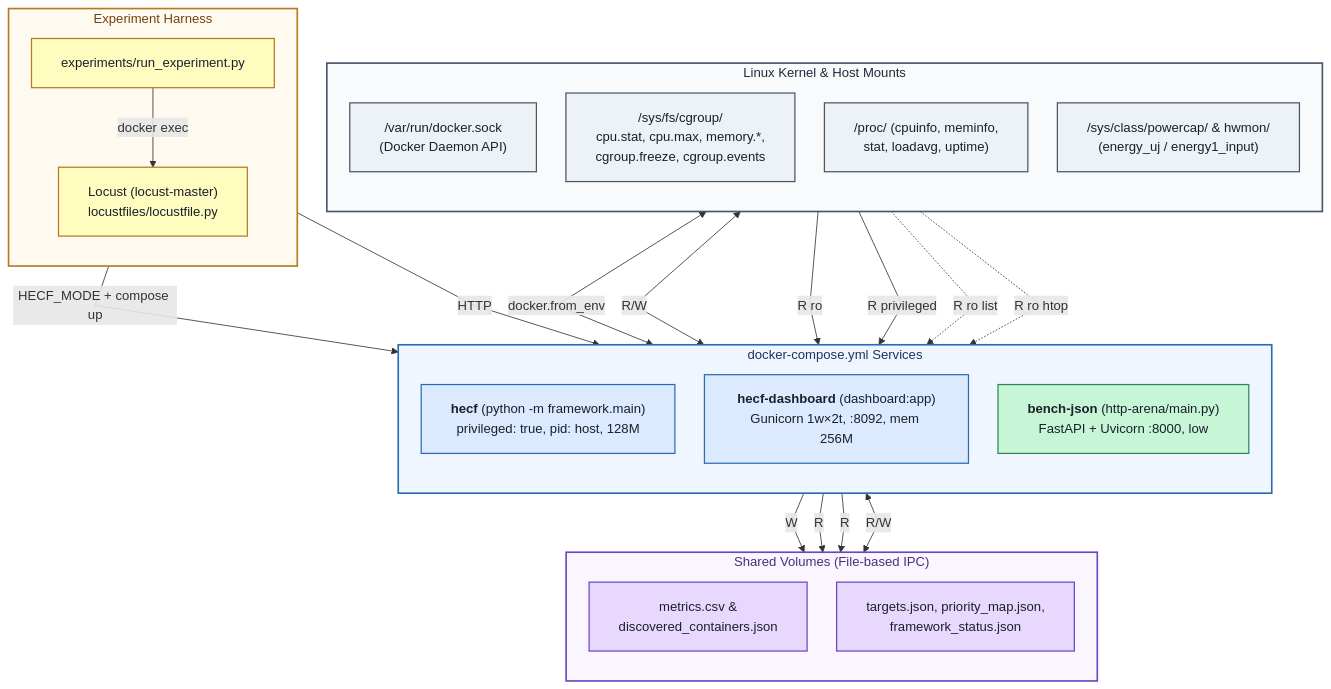
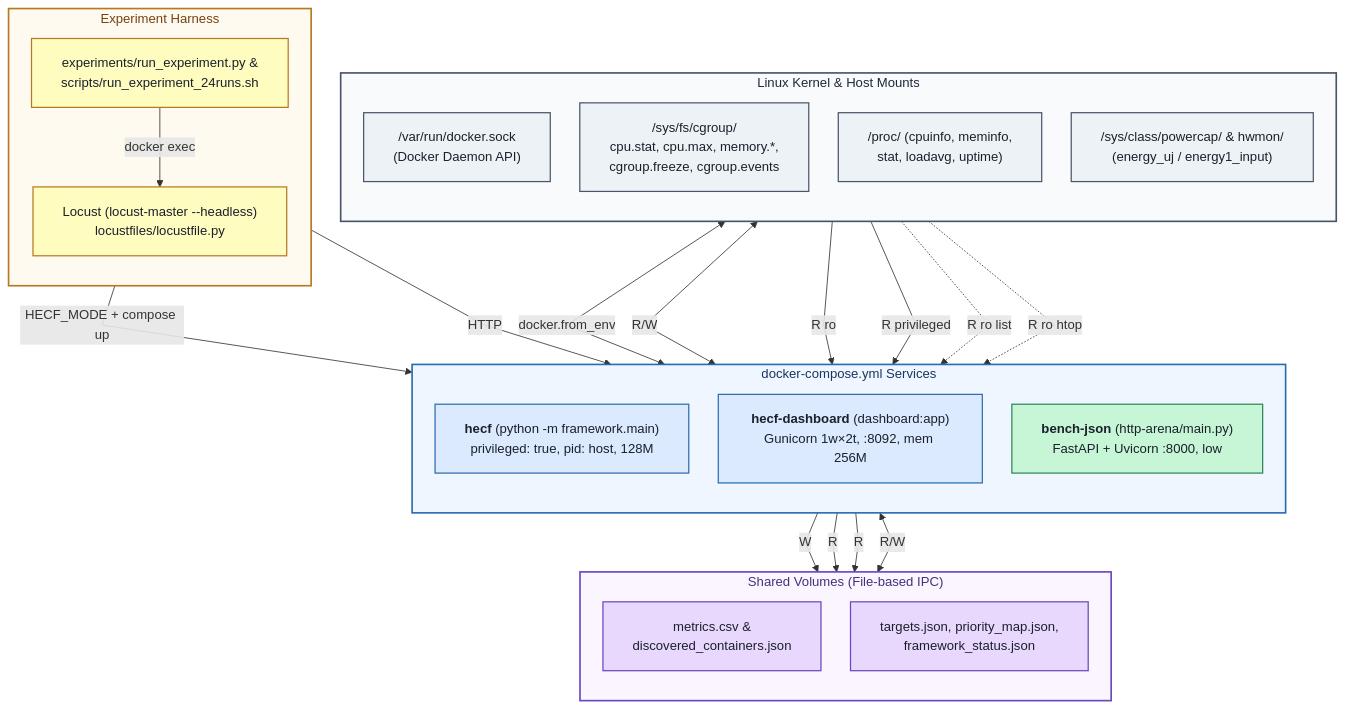
One commit to fauzanreza/green-container-framework changed the second of 2 diagrams in architecture-diagrams/00-concept/tools_infrastructure.md. Above: the diagram before and after it, drawn with Mermaid. The commit also changed other lines of this file and 9 other files, not shown here.

Commit message:
docs & fix: align architecture, PRD, diagrams, and 3-stage experiment harness

````diff
--- a/architecture-diagrams/00-concept/tools_infrastructure.md
+++ b/architecture-diagrams/00-concept/tools_infrastructure.md
@@ -89,57 +89,57 @@
 ```mermaid
 %%{init: {'flowchart': {'wrappingWidth': 250, 'padding': 18, 'nodeSpacing': 36, 'rankSpacing': 48, 'curve': 'linear'}}}%%
 flowchart TB
     subgraph KAPI["Linux Kernel &amp; Host Mounts"]
         direction TB
         SOCK["/var/run/docker.sock<br/>(Docker Daemon API)"]:::sys
         CG["/sys/fs/cgroup/<br/>cpu.stat, cpu.max, memory.*,<br/>cgroup.freeze, cgroup.events"]:::sys
         PROC["/proc/ (cpuinfo, meminfo,<br/>stat, loadavg, uptime)"]:::sys
         RAPL["/sys/class/powercap/ &amp; hwmon/<br/>(energy_uj / energy1_input)"]:::sys
     end
 
     subgraph DC["docker-compose.yml Services"]
         direction TB
         HECF["<b>hecf</b> (python -m framework.main)<br/>privileged: true, pid: host, 128M"]:::app
         DSH["<b>hecf-dashboard</b> (dashboard:app)<br/>Gunicorn 1w×2t, :8092, mem 256M"]:::app
         BENCH["<b>bench-json</b> (http-arena/main.py)<br/>FastAPI + Uvicorn :8000, low"]:::target
     end
 
     subgraph VOL["Shared Volumes (File-based IPC)"]
         direction TB
         CSV["metrics.csv &amp;<br/>discovered_containers.json"]:::vol
         CFG["targets.json, priority_map.json,<br/>framework_status.json"]:::vol
     end
 
     subgraph EXP["Experiment Harness"]
         direction TB
-        RUN["experiments/run_experiment.py"]:::test
-        LOC["Locust (locust-master)<br/>locustfiles/locustfile.py"]:::test
+        RUN["experiments/run_experiment.py &amp;<br/>scripts/run_experiment_24runs.sh"]:::test
+        LOC["Locust (locust-master --headless)<br/>locustfiles/locustfile.py"]:::test
     end
 
     SOCK <-->|docker.from_env| HECF
     CG <-->|R/W| HECF
     PROC -->|R ro| HECF
     RAPL -->|R privileged| HECF
     SOCK -.->|R ro list| DSH
     PROC -.->|R ro htop| DSH
 
     HECF -->|W| CSV
     HECF -->|R| CFG
     DSH -->|R| CSV
     DSH <-->|R/W| CFG
 
     RUN -->|docker exec| LOC
     RUN -->|HECF_MODE + compose up| HECF
     LOC -->|HTTP| BENCH
 
     style KAPI fill:#f8fafc,stroke:#475569,stroke-width:2px,color:#1e293b
     style DC fill:#eff6ff,stroke:#2b6cb0,stroke-width:2px,color:#1a365d
     style VOL fill:#faf5ff,stroke:#6b46c1,stroke-width:2px,color:#44337a
     style EXP fill:#fffaf0,stroke:#b7791f,stroke-width:2px,color:#744210
 
     classDef sys fill:#edf2f7,stroke:#4a5568,stroke-width:1.5px,color:#1a202c;
     classDef test fill:#fefcbf,stroke:#b7791f,stroke-width:1.5px,color:#1a202c;
     classDef app fill:#dbeafe,stroke:#2b6cb0,stroke-width:1.5px,color:#1a202c;
     classDef target fill:#c6f6d5,stroke:#2f855a,stroke-width:1.5px,color:#1a202c;
     classDef vol fill:#e9d8fd,stroke:#6b46c1,stroke-width:1.5px,color:#1a202c;
 ```
````
